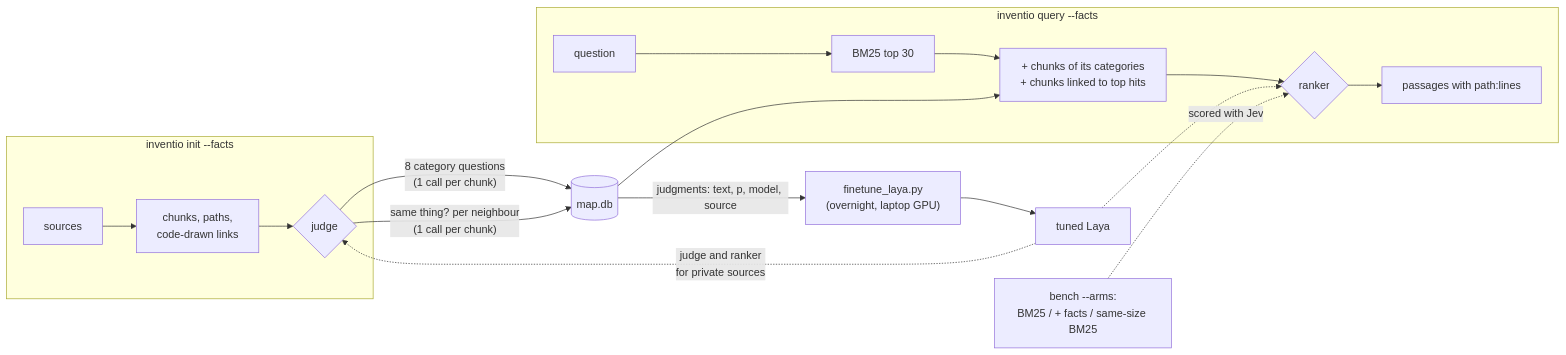
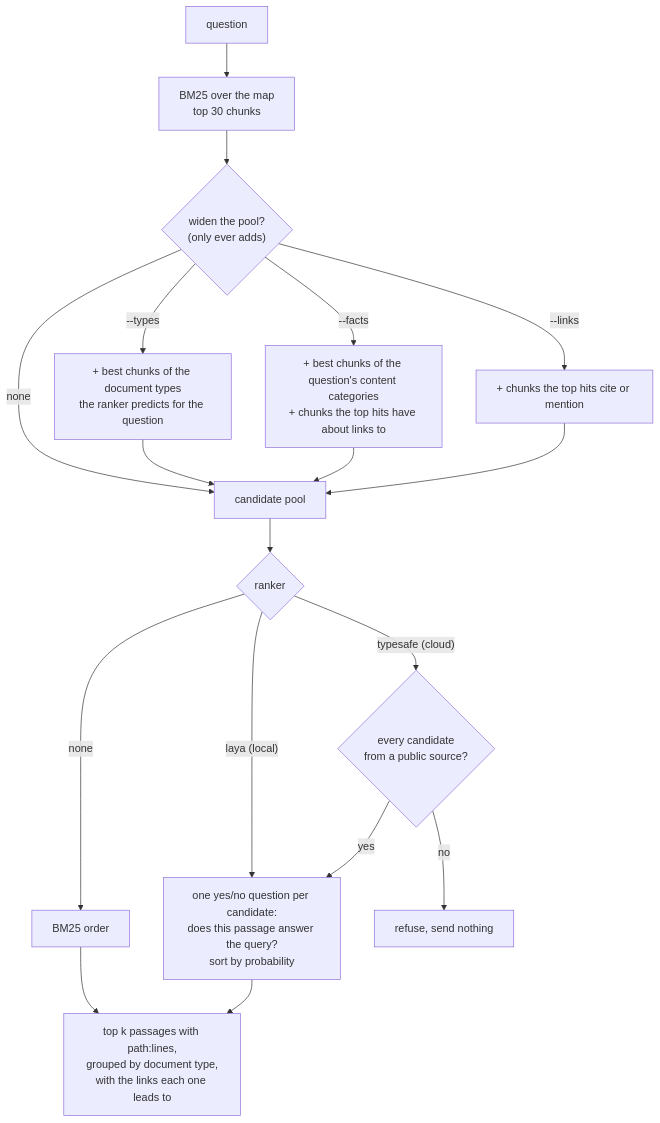
Before and after one commit to minhquan23102000/inventio: the second of 2 diagrams in README.md, drawn with Mermaid. The commit also changed other lines of this file and 3 other files, not shown here.

Commit message:
README rewritten for outside readers: ingest and query pipelines as two diagrams, public benchmarks only

````diff
--- a/README.md
+++ b/README.md
@@ -113,21 +45,20 @@
 ```mermaid
-flowchart LR
-    subgraph index ["inventio init --facts"]
-        S["sources"] --> C["chunks, paths,<br/>code-drawn links"]
-        C --> J{"judge"}
-    end
-    J -- "8 category questions<br/>(1 call per chunk)" --> M[("map.db")]
-    J -- "same thing? per neighbour<br/>(1 call per chunk)" --> M
-    subgraph query ["inventio query --facts"]
-        Q["question"] --> B["BM25 top 30"]
-        B --> W["+ chunks of its categories<br/>+ chunks linked to top hits"]
-        W --> R{"ranker"}
-        R --> A["passages with path:lines"]
-    end
-    M --> W
-    M -- "judgments: text, p, model, source" --> F["finetune_laya.py<br/>(overnight, laptop GPU)"]
-    F --> L["tuned Laya"]
-    L -. "judge and ranker<br/>for private sources" .-> J
-    L -.-> R
-    T["bench --arms:<br/>BM25 / + facts / same-size BM25"] -. "scored with Jev" .-> R
+flowchart TD
+    Q["question"] --> B["BM25 over the map<br/>top 30 chunks"]
+    B --> W{"widen the pool?<br/>(only ever adds)"}
+    W -- "--types" --> T["+ best chunks of the document types<br/>the ranker predicts for the question"]
+    W -- "--facts" --> F["+ best chunks of the question's content categories<br/>+ chunks the top hits have about links to"]
+    W -- "--links" --> L["+ chunks the top hits cite or mention"]
+    W -- "none" --> P
+    T --> P["candidate pool"]
+    F --> P
+    L --> P
+    P --> G{"ranker"}
+    G -- "none" --> O["BM25 order"]
+    G -- "laya (local)" --> R["one yes/no question per candidate:<br/>does this passage answer the query?<br/>sort by probability"]
+    G -- "typesafe (cloud)" --> X{"every candidate<br/>from a public source?"}
+    X -- "no" --> N["refuse, send nothing"]
+    X -- "yes" --> R
+    O --> A["top k passages with path:lines,<br/>grouped by document type,<br/>with the links each one leads to"]
+    R --> A
 ```
````
